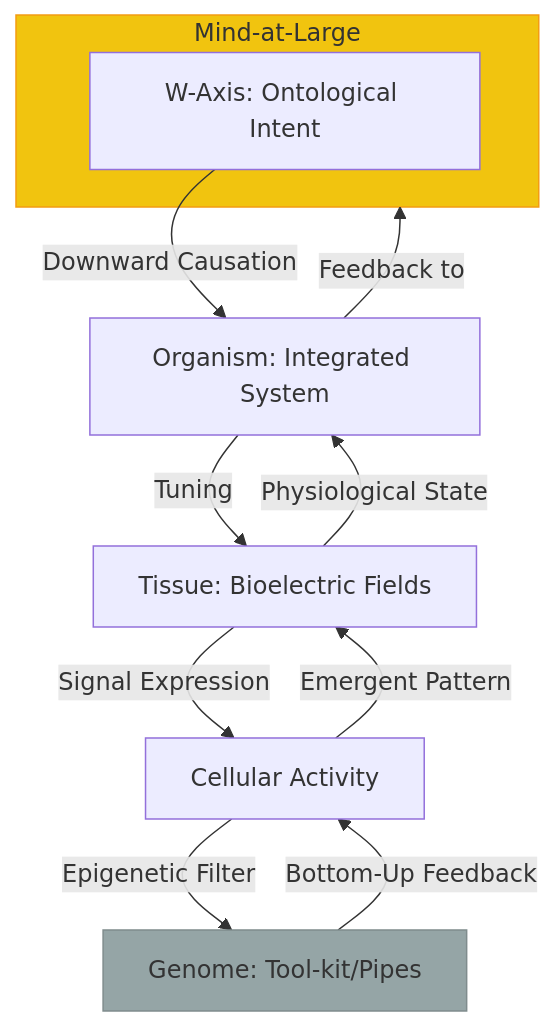
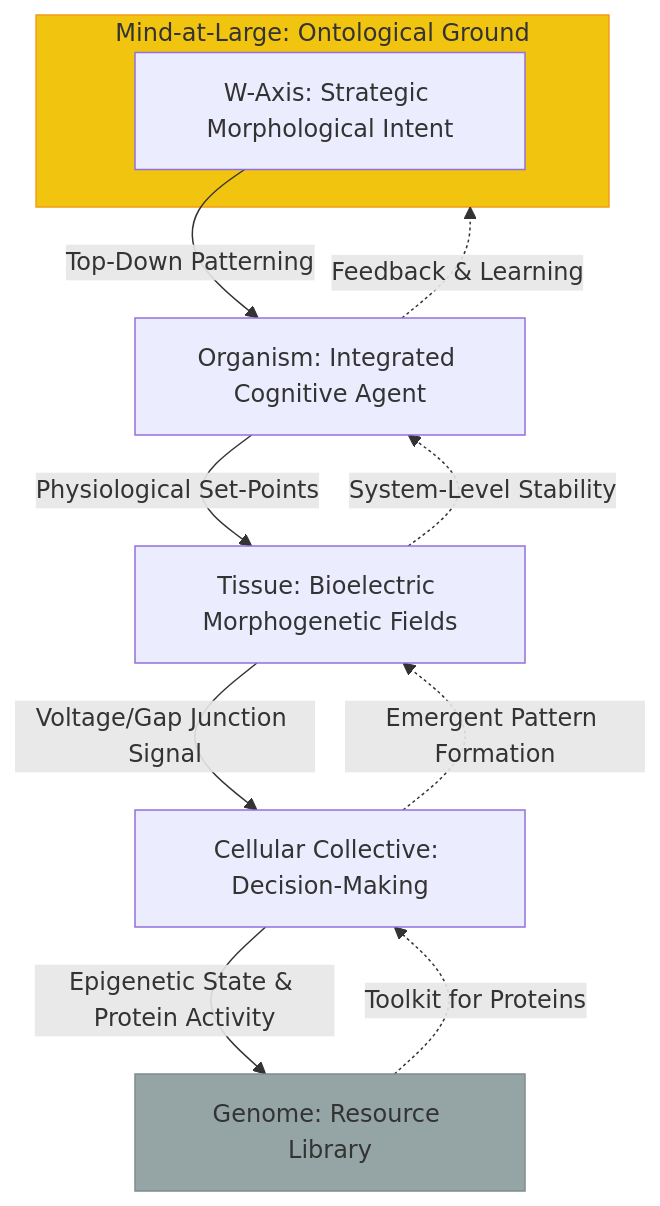
One commit to ravaioli/solarpunk-mandala changed the first of 3 diagrams in appendices/U-post-materialist-morphogenesis.md. Above: the diagram before and after it, drawn with Mermaid. The commit also changed other lines of this file, not shown here.

````diff
--- a/appendices/U-post-materialist-morphogenesis.md
+++ b/appendices/U-post-materialist-morphogenesis.md
@@ -8,19 +10,19 @@
 ```mermaid
 graph TD
-    subgraph MAL [Mind-at-Large]
-        W[W-Axis: Ontological Intent]
+    subgraph MAL [Mind-at-Large: Ontological Ground]
+        W[W-Axis: Strategic Morphological Intent]
     end
 
-    W -->|Downward Causation| Org[Organism: Integrated System]
-    Org -->|Tuning| Tissue[Tissue: Bioelectric Fields]
-    Tissue -->|Signal Expression| Cell[Cellular Activity]
-    Cell -->|Epigenetic Filter| Gene[Genome: Tool-kit/Pipes]
+    W -->|Top-Down Patterning| Org[Organism: Integrated Cognitive Agent]
+    Org -->|Physiological Set-Points| Tissue[Tissue: Bioelectric Morphogenetic Fields]
+    Tissue -->|Voltage/Gap Junction Signal| Cell[Cellular Collective: Decision-Making]
+    Cell -->|Epigenetic State & Protein Activity| Gene[Genome: Resource Library]
 
-    Gene -->|Bottom-Up Feedback| Cell
-    Cell -->|Emergent Pattern| Tissue
-    Tissue -->|Physiological State| Org
-    Org -->|Feedback to| MAL
+    Gene -.->|Toolkit for Proteins| Cell
+    Cell -.->|Emergent Pattern Formation| Tissue
+    Tissue -.->|System-Level Stability| Org
+    Org -.->|Feedback & Learning| MAL
 
     style MAL fill:#f1c40f,stroke:#f39c12
     style Gene fill:#95a5a6,stroke:#7f8c8d
 ```
````
